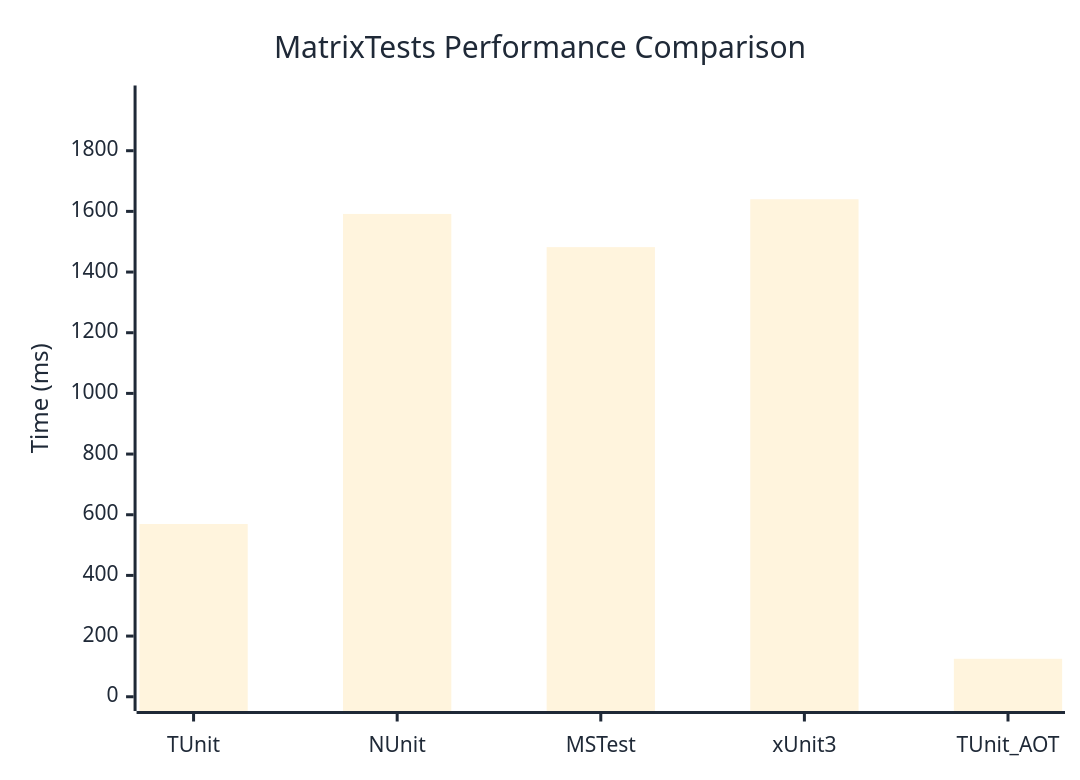
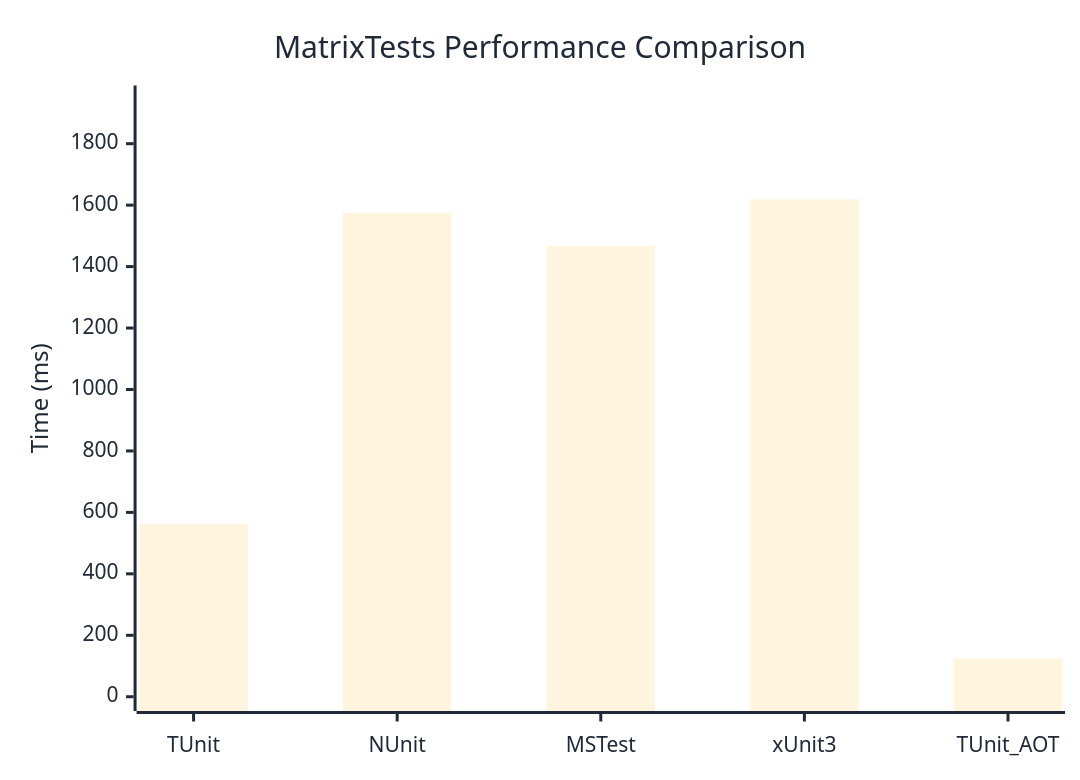
Before and after one commit to thomhurst/TUnit: the diagram in docs/docs/benchmarks/MatrixTests.md, drawn with Mermaid. The commit also changed other lines of this file and 17 other files, not shown here.

````diff
--- a/docs/docs/benchmarks/MatrixTests.md
+++ b/docs/docs/benchmarks/MatrixTests.md
@@ -27,37 +27,37 @@
 ```mermaid
 %%{init: {
   'theme':'base',
   'themeVariables': {
     'primaryColor': '#2563eb',
     'primaryTextColor': '#1f2937',
     'primaryBorderColor': '#1e40af',
     'lineColor': '#6b7280',
     'secondaryColor': '#7c3aed',
     'tertiaryColor': '#dc2626',
     'background': '#ffffff',
     'mainBkg': '#2563eb',
     'secondBkg': '#7c3aed',
     'tertiaryBkg': '#dc2626',
     'clusterBkg': '#f3f4f6',
     'edgeLabelBackground': '#ffffff',
     'tertiaryTextColor': '#1f2937',
     'pie1': '#2563eb',
     'pie2': '#7c3aed',
     'pie3': '#dc2626',
     'pie4': '#f59e0b',
     'pie5': '#10b981',
     'pie6': '#06b6d4',
     'pie7': '#ec4899',
     'pie8': '#6366f1',
     'pie9': '#84cc16',
     'pie10': '#f97316',
     'pie11': '#14b8a6',
     'pie12': '#a855f7'
   }
 }}%%
 xychart-beta
   title "MatrixTests Performance Comparison"
   x-axis ["TUnit", "NUnit", "MSTest", "xUnit3", "TUnit_AOT"]
-  y-axis "Time (ms)" 0 --> 1968
-  bar [569.4, 1591.6, 1482.2, 1640, 125.1]
+  y-axis "Time (ms)" 0 --> 1943
+  bar [562.3, 1574, 1467.7, 1618.4, 124.5]
 ```
````
